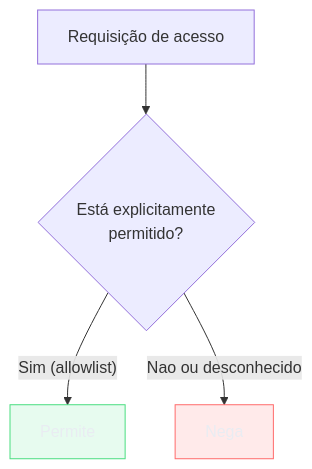
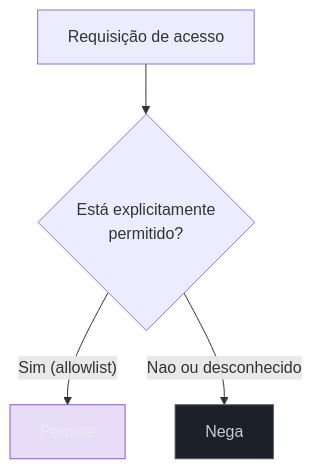
One commit to josenaldo/codex-technomanticus changed the second of 7 diagrams in 03-Dominios/Engenharia/Segurança/04 - Princípios de design seguro.md. Above: the diagram before and after it, drawn with Mermaid. The commit also changed other lines of this file and 601 other files, not shown here.

````diff
--- a/03-Dominios/Engenharia/Segurança/04 - Princípios de design seguro.md
+++ b/03-Dominios/Engenharia/Segurança/04 - Princípios de design seguro.md
@@ -81,16 +81,16 @@
 ```mermaid
 flowchart TD
-    classDef falha fill:#FF6B6B24,stroke:#FF6B6B,color:#E9ECF2
-    classDef ok fill:#4ADE8021,stroke:#4ADE80,color:#E9ECF2
+    classDef marca fill:#8855DF33,stroke:#8855DF,color:#E9ECF2
+    classDef neutro fill:#1B2029,stroke:#4E5666,color:#C6CCD8
     R["Requisição de acesso"]
     Q{"Está explicitamente\npermitido?"}
     A["Permite"]
     D["Nega"]
 
     R --> Q
     Q -->|"Sim (allowlist)"| A
     Q -->|"Nao ou desconhecido"| D
 
-    class D falha
-    class A ok
+    class D neutro
+    class A marca
 ```
````
